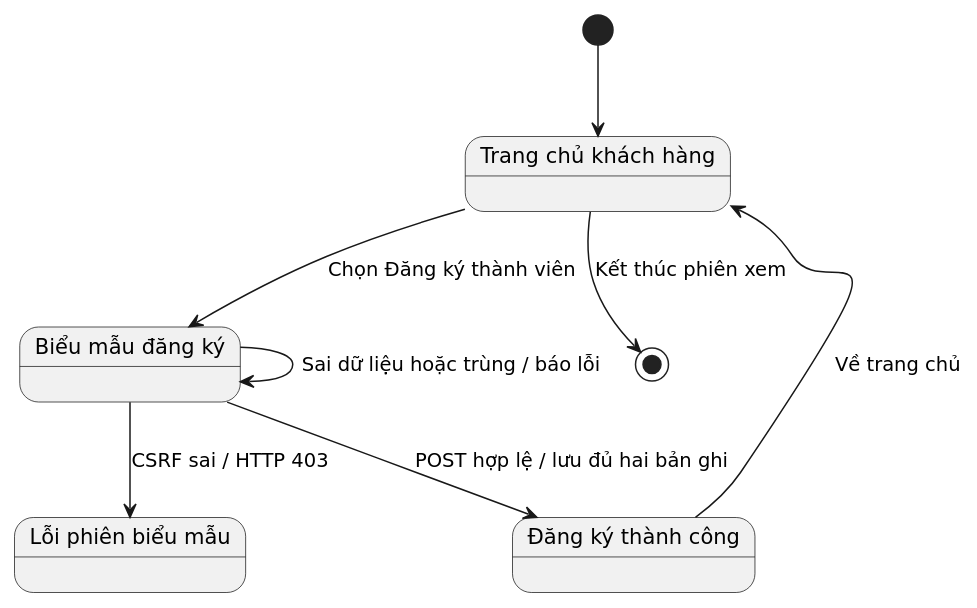
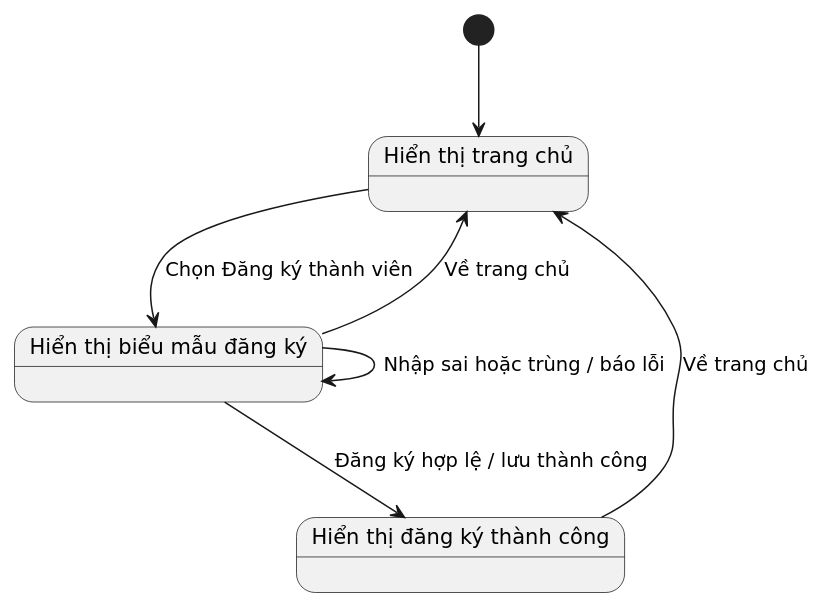
One commit to tinhatinh/PTTK changed the diagram in uml/phan-tich/04a-registration-states.puml. Above: the diagram before and after it, drawn with PlantUML. The commit also changed 66 other files, not shown here.

Commit message:
Align final report with LibMan phases and rebuild analysis UML

```diff
--- a/uml/phan-tich/04a-registration-states.puml
+++ b/uml/phan-tich/04a-registration-states.puml
@@ -1,15 +1,13 @@
 @startuml 04a-registration-states
 skinparam defaultFontName DejaVu Sans
 skinparam shadowing false
-state "Trang chủ khách hàng" as home
-state "Biểu mẫu đăng ký" as form
-state "Đăng ký thành công" as success
-state "Lỗi phiên biểu mẫu" as forbidden
+state "Hiển thị trang chủ" as home
+state "Hiển thị biểu mẫu đăng ký" as form
+state "Hiển thị đăng ký thành công" as result
 [*] --> home
 home --> form : Chọn Đăng ký thành viên
-form --> form : Sai dữ liệu hoặc trùng / báo lỗi
-form --> success : POST hợp lệ / lưu đủ hai bản ghi
-form --> forbidden : CSRF sai / HTTP 403
-success --> home : Về trang chủ
-home --> [*] : Kết thúc phiên xem
+form --> form : Nhập sai hoặc trùng / báo lỗi
+form --> result : Đăng ký hợp lệ / lưu thành công
+form --> home : Về trang chủ
+result --> home : Về trang chủ
 @enduml
```
